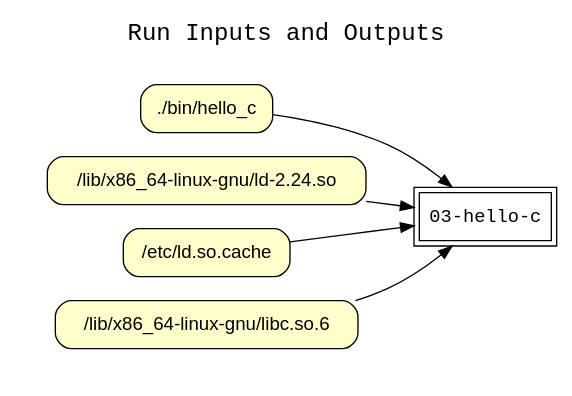
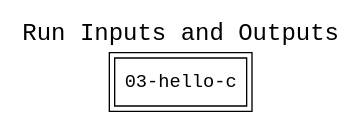
Before and after one commit to CIRSS/cpr: the diagram in examples/03-hello-c/graphs/wt_run_inputs_outputs.dot, drawn with Graphviz. The commit also changed 13 other files, not shown here.

Commit message:
In first graph limit read and written files to those in directories with corresponding roles.

```diff
--- a/examples/03-hello-c/graphs/wt_run_inputs_outputs.dot
+++ b/examples/03-hello-c/graphs/wt_run_inputs_outputs.dot
@@ -1,24 +1,16 @@
 
 digraph wt_run {
 rankdir=LR
 fontname=Courier; fontsize=18; labelloc=t
 label="Run Inputs and Outputs"
 node[shape=box style="filled" fillcolor="#FFFFFF" peripheries=2 fontname=Courier]
 "03-hello-c"
 subgraph cluster_inputs { label=""; color=white; penwidth=0
 subgraph cluster_inputs_inner { label=""; color=white
 node[shape=box style="rounded,filled" fillcolor="#FFFFCC" peripheries=1 fontname=Helvetica]
-"input:./bin/hello_c" [label="./bin/hello_c"]
-"input:/lib/x86_64-linux-gnu/ld-2.24.so" [label="/lib/x86_64-linux-gnu/ld-2.24.so"]
-"input:/etc/ld.so.cache" [label="/etc/ld.so.cache"]
-"input:/lib/x86_64-linux-gnu/libc.so.6" [label="/lib/x86_64-linux-gnu/libc.so.6"]
 }}
 subgraph cluster_outputs { label=""; color=white; penwidth=0
 subgraph cluster_outputs_inner { label=""; color=white
 node[shape=box style="rounded,filled" fillcolor="#FFFFCC" peripheries=1 fontname=Helvetica]
 }}
-"input:./bin/hello_c" -> "03-hello-c"
-"input:/lib/x86_64-linux-gnu/ld-2.24.so" -> "03-hello-c"
-"input:/etc/ld.so.cache" -> "03-hello-c"
-"input:/lib/x86_64-linux-gnu/libc.so.6" -> "03-hello-c"
 }
```
